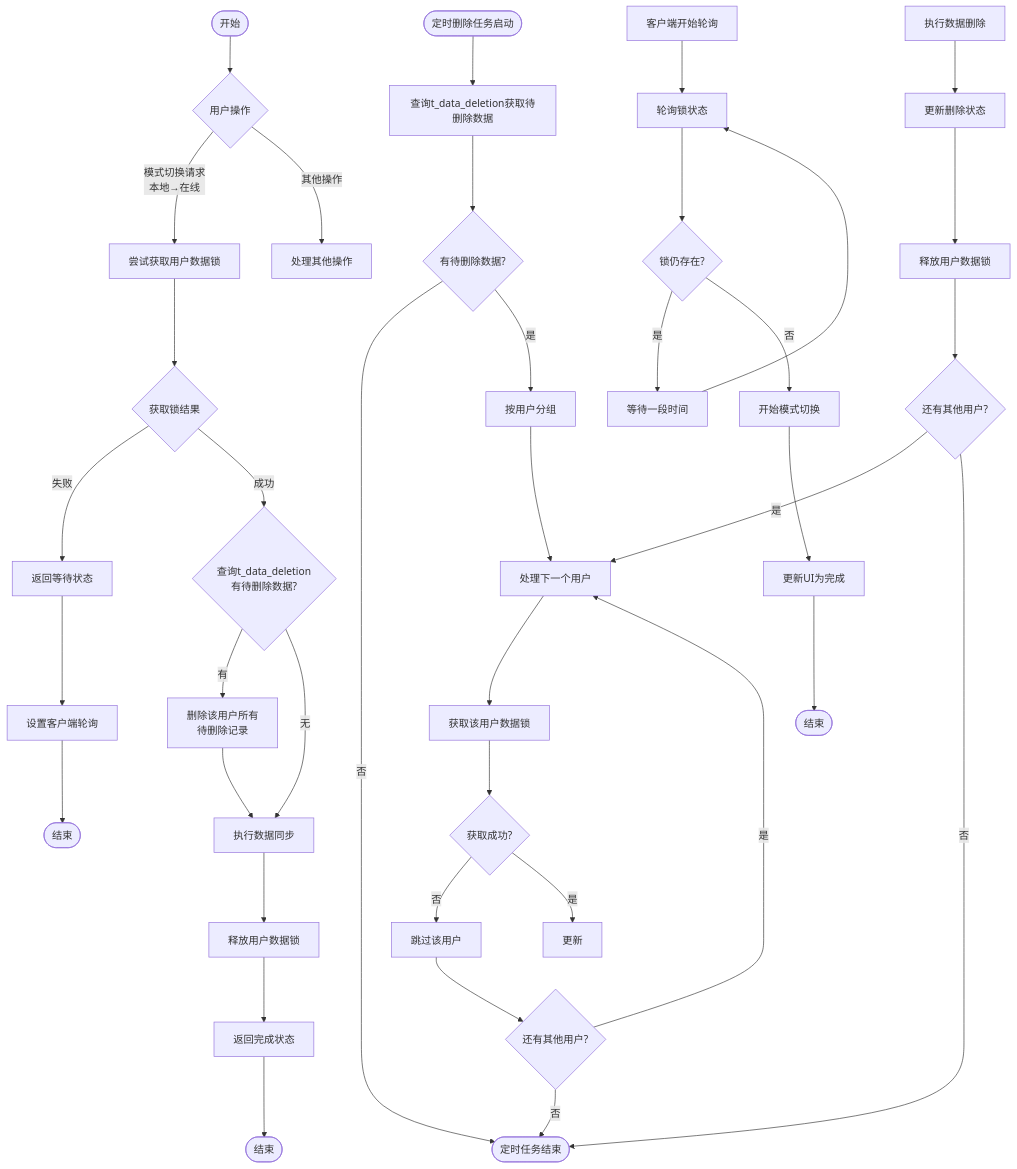
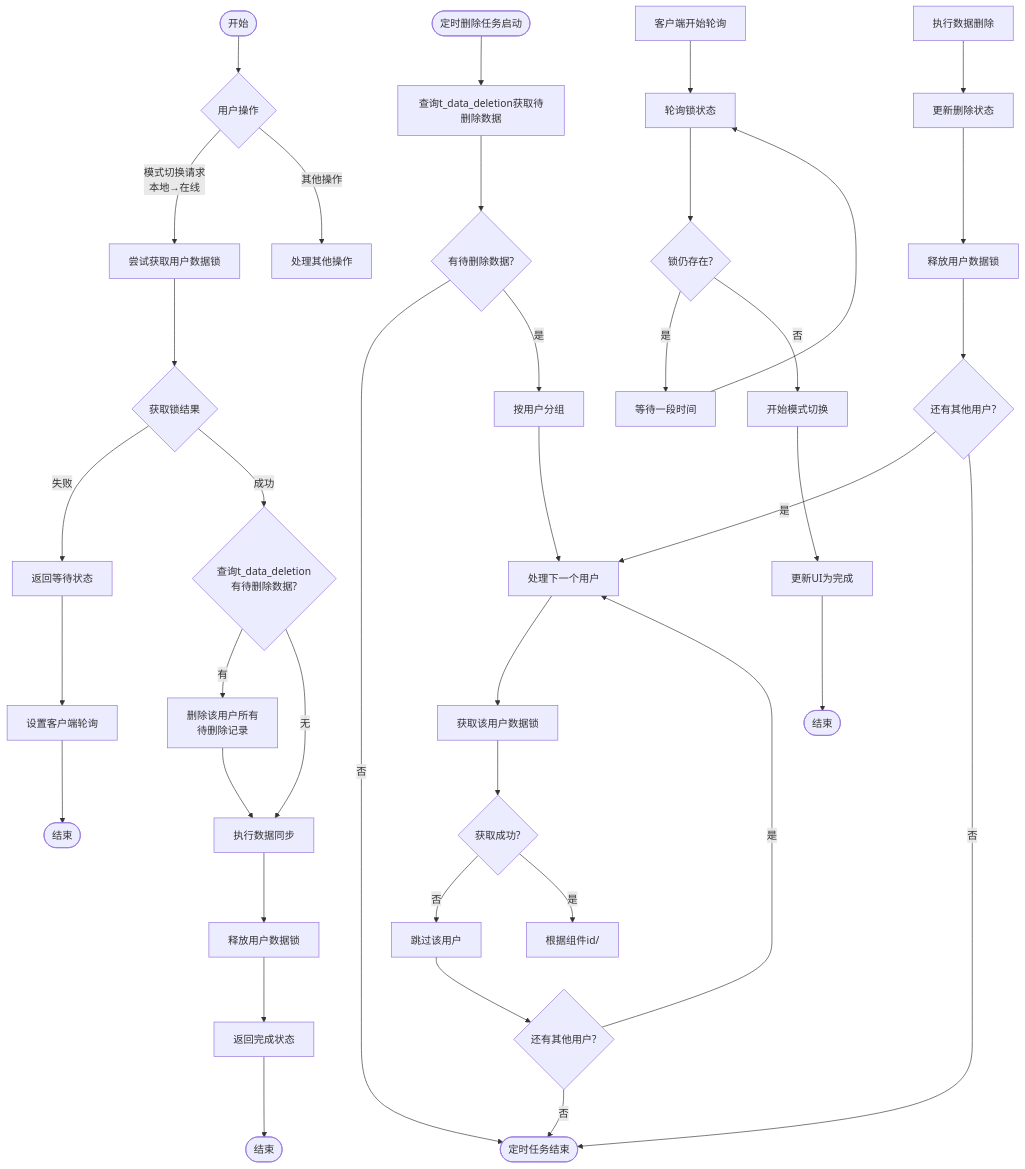
Before and after one commit to yingjianzh/iodraw-files: the diagram in all/未命名-57.md, drawn with Mermaid.

Commit message:
2025-05-12 11:21:14 update

````diff
--- a/all/未命名-57.md
+++ b/all/未命名-57.md
@@ -1,61 +1,61 @@
 ```mermaid
 flowchart TD
     %% 主要分支
     Start([开始]) --> UserAction{用户操作}
     UserAction -->|模式切换请求\n本地→在线| TryLock[尝试获取用户数据锁]
     UserAction -->|其他操作| OtherOps[处理其他操作]
     
     %% 定时删除任务分支
     ScheduledTask([定时删除任务启动]) --> QueryDeletions[查询t_data_deletion获取待删除数据]
     QueryDeletions --> HasTasks{有待删除数据?}
     HasTasks -->|否| TaskEnd([定时任务结束])
     HasTasks -->|是| GroupByUser[按用户分组]
     
     %% 处理用户数据删除
     GroupByUser --> ProcessNextUser[处理下一个用户]
     ProcessNextUser --> AcquireLock[获取该用户数据锁]
     AcquireLock --> LockSuccess{获取成功?}
     
     LockSuccess -->|否| SkipUser[跳过该用户]
     SkipUser --> MoreUsers1{还有其他用户?}
     MoreUsers1 -->|是| ProcessNextUser
     MoreUsers1 -->|否| TaskEnd
     
-    LockSuccess -->|是| GetData[更新]
+    LockSuccess -->|是| GetData[根据组件id/]
     
     DeleteData[执行数据删除]
     DeleteData --> UpdateStatus[更新删除状态]
     UpdateStatus --> ReleaseLock[释放用户数据锁]
     ReleaseLock --> MoreUsers2{还有其他用户?}
     MoreUsers2 -->|是| ProcessNextUser
     MoreUsers2 -->|否| TaskEnd
     
     %% 模式切换流程
     TryLock --> LockResult{获取锁结果}
     
     LockResult -->|失败| ReturnWaiting[返回等待状态]
     ReturnWaiting --> SetupPolling[设置客户端轮询]
     SetupPolling --> End1([结束])
     
     LockResult -->|成功| CheckPendingDeletion{查询t_data_deletion\n有待删除数据?}
     
     CheckPendingDeletion -->|有| RemoveDeletionRecords[删除该用户所有\n待删除记录]
     RemoveDeletionRecords --> PerformSync[执行数据同步]
     
     CheckPendingDeletion -->|无| PerformSync
     
     PerformSync --> ReleaseSwitchLock[释放用户数据锁]
     ReleaseSwitchLock --> ReturnComplete[返回完成状态]
     ReturnComplete --> End2([结束])
     
     %% 客户端轮询
     ClientPolling[客户端开始轮询] --> PollLockStatus[轮询锁状态]
     PollLockStatus --> StillLocked{锁仍存在?}
     
     StillLocked -->|是| WaitInterval[等待一段时间]
     WaitInterval --> PollLockStatus
     
     StillLocked -->|否| StartSwitch[开始模式切换]
     StartSwitch --> CompleteUI[更新UI为完成]
     CompleteUI --> End3([结束])
 ```
````
